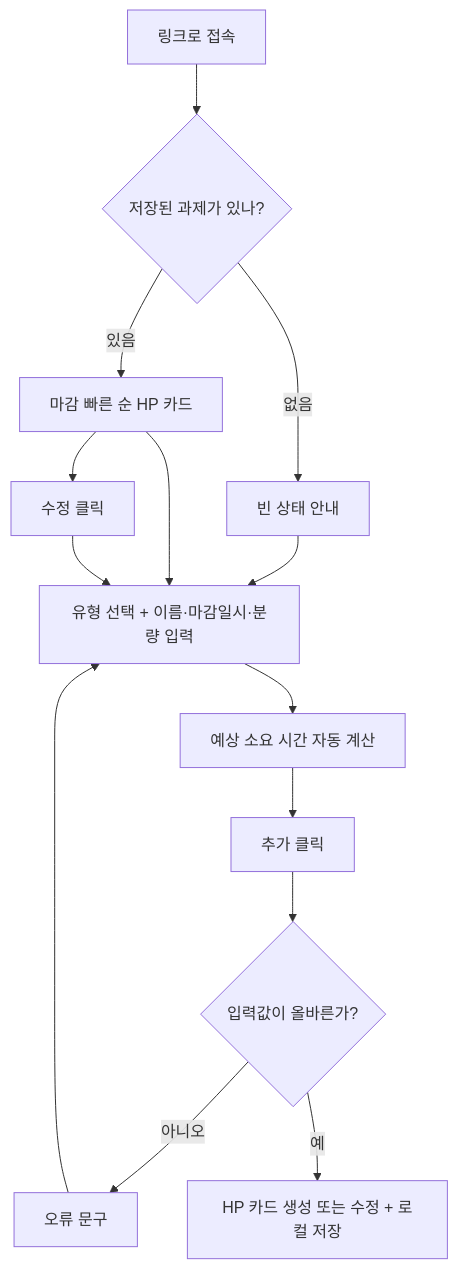
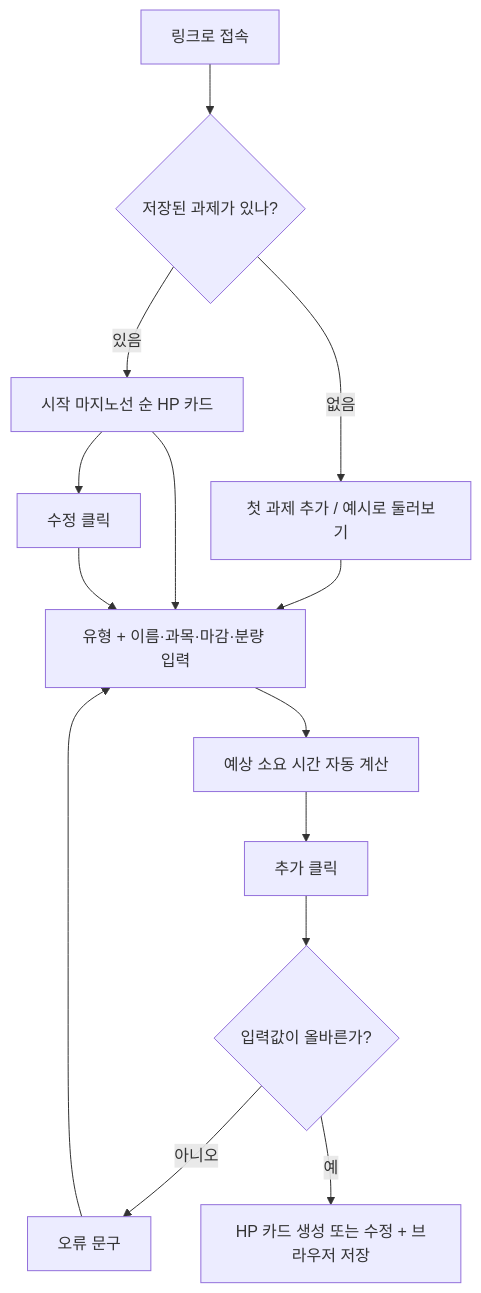
One commit to ysih075h-st/sh changed the first of 2 diagrams in docs/PRD.md. Above: the diagram before and after it, drawn with Mermaid. The commit also changed other lines of this file and 35 other files, not shown here.

````diff
--- a/docs/PRD.md
+++ b/docs/PRD.md
@@ -71,14 +69,14 @@
 ```mermaid
 flowchart TD
     A[링크로 접속] --> B{저장된 과제가 있나?}
-    B -- 없음 --> C[빈 상태 안내]
-    B -- 있음 --> D[마감 빠른 순 HP 카드]
-    C --> E[유형 선택 + 이름·마감일시·분량 입력]
+    B -- 없음 --> C[첫 과제 추가 / 예시로 둘러보기]
+    B -- 있음 --> D[시작 마지노선 순 HP 카드]
+    C --> E[유형 + 이름·과목·마감·분량 입력]
     D --> E
     D --> U[수정 클릭] --> E
     E --> F[예상 소요 시간 자동 계산]
     F --> G[추가 클릭]
     G --> H{입력값이 올바른가?}
     H -- 아니오 --> I[오류 문구] --> E
-    H -- 예 --> J[HP 카드 생성 또는 수정 + 로컬 저장]
+    H -- 예 --> J[HP 카드 생성 또는 수정 + 브라우저 저장]
 ```
````
